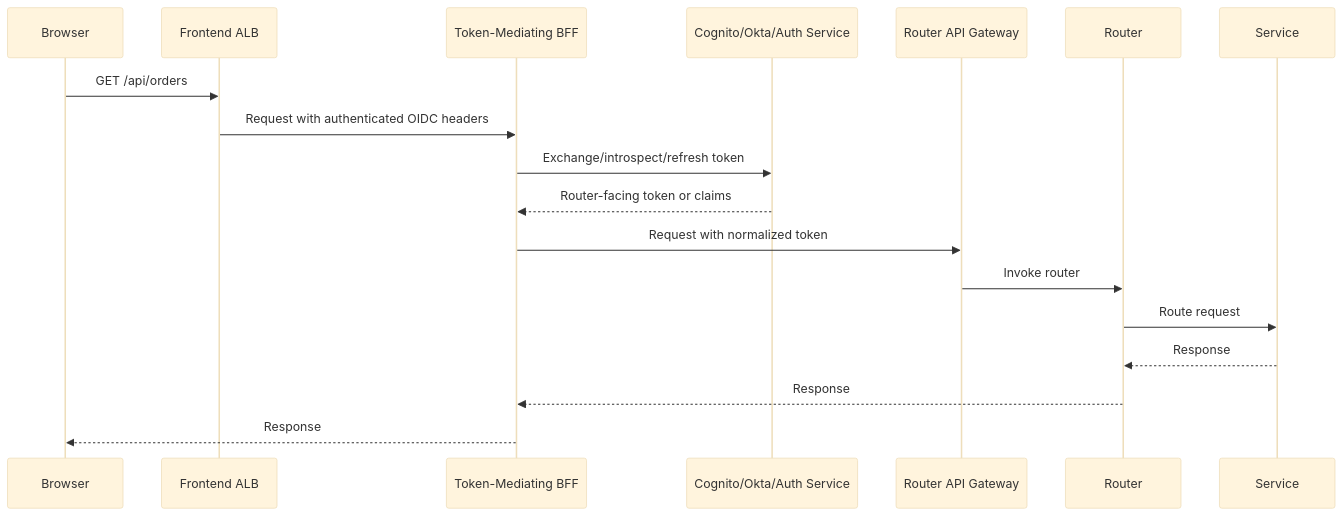
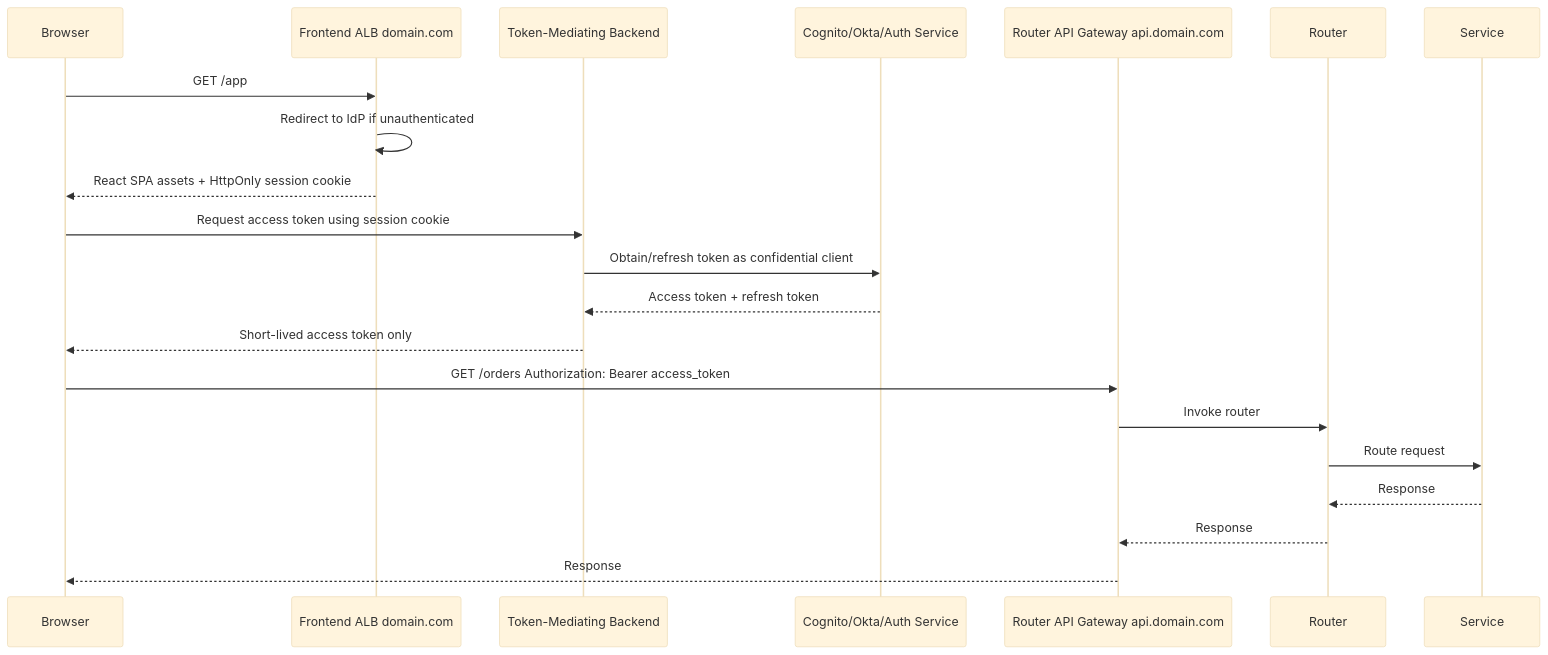
Before and after one commit to eric-minassian/notes: the third of 5 diagrams in frontend-router-integration-architecture/index.md, drawn with Mermaid (base theme). The commit also changed other lines of this file, not shown here.

````diff
--- a/frontend-router-integration-architecture/index.md
+++ b/frontend-router-integration-architecture/index.md
@@ -136,21 +138,26 @@
 ```mermaid
 sequenceDiagram
     participant Browser
-    participant ALB as Frontend ALB
-    participant BFF as Token-Mediating BFF
+    participant ALB as Frontend ALB domain.com
+    participant TokenBackend as Token-Mediating Backend
     participant IdP as Cognito/Okta/Auth Service
-    participant APIGW as Router API Gateway
+    participant APIGW as Router API Gateway api.domain.com
     participant Router
     participant Service
 
-    Browser->>ALB: GET /api/orders
-    ALB->>BFF: Request with authenticated OIDC headers
-    BFF->>IdP: Exchange/introspect/refresh token
-    IdP-->>BFF: Router-facing token or claims
-    BFF->>APIGW: Request with normalized token
+    Browser->>ALB: GET /app
+    ALB->>ALB: Redirect to IdP if unauthenticated
+    ALB-->>Browser: React SPA assets + HttpOnly session cookie
+
+    Browser->>TokenBackend: Request access token using session cookie
+    TokenBackend->>IdP: Obtain/refresh token as confidential client
+    IdP-->>TokenBackend: Access token + refresh token
+    TokenBackend-->>Browser: Short-lived access token only
+
+    Browser->>APIGW: GET /orders Authorization: Bearer access_token
     APIGW->>Router: Invoke router
     Router->>Service: Route request
     Service-->>Router: Response
-    Router-->>BFF: Response
-    BFF-->>Browser: Response
+    Router-->>APIGW: Response
+    APIGW-->>Browser: Response
 ```
````
